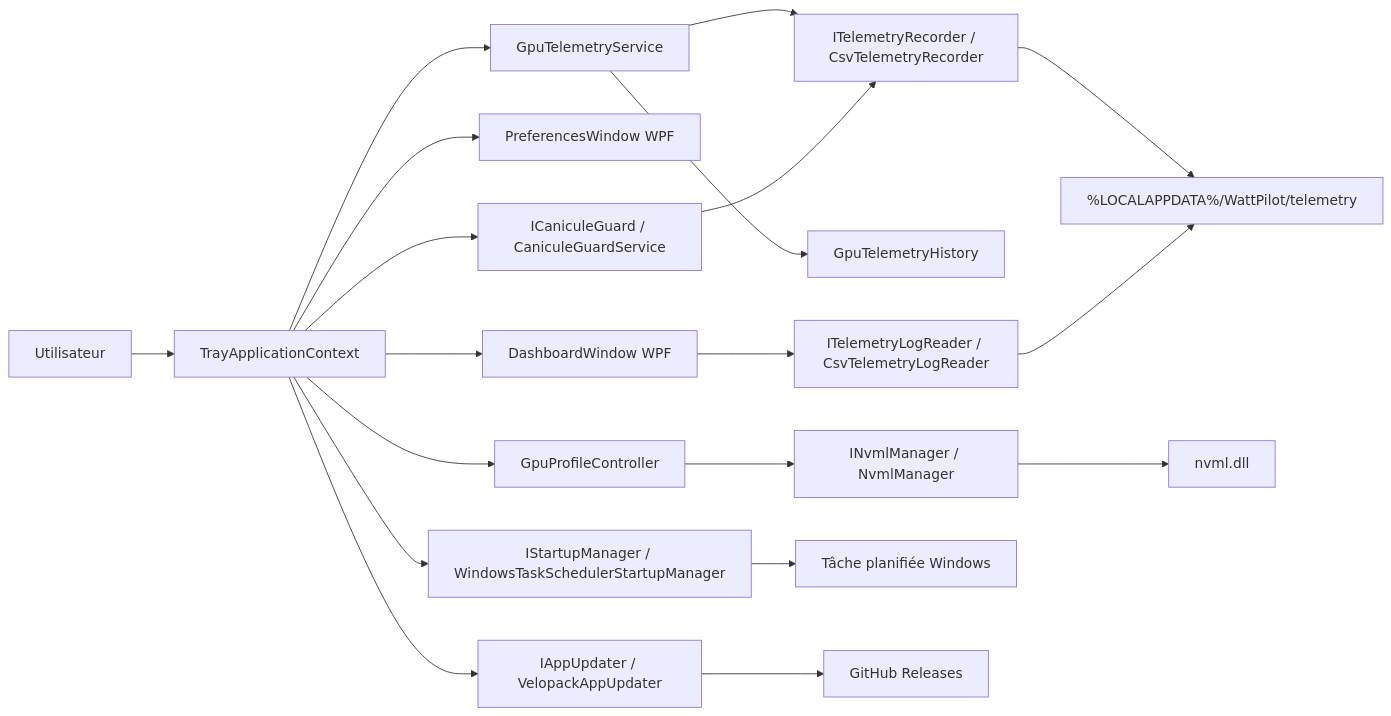
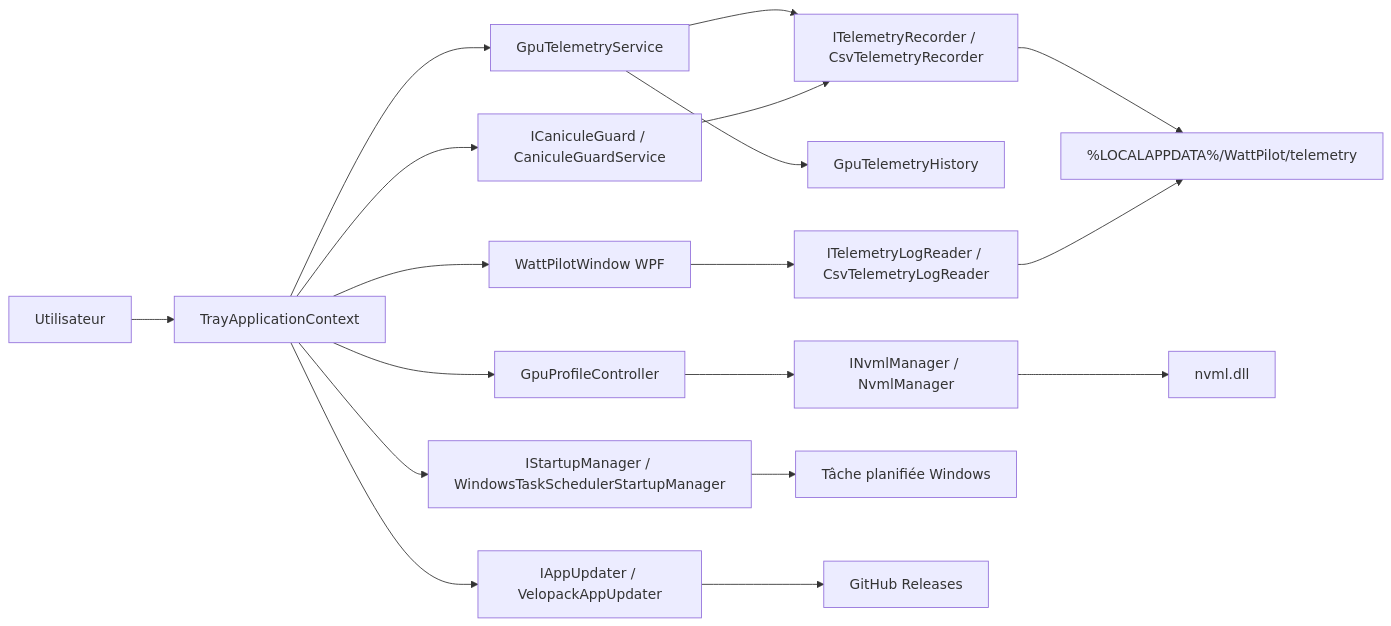
The diagram in docs/architecture.md (arnaud-wissart-lab/NVConso), drawn with Mermaid before and after one commit. The commit also changed other lines of this file and 22 other files, not shown here.

Commit message:
feat(ui): simplifie la fenêtre principale WattPilot

````diff
--- a/docs/architecture.md
+++ b/docs/architecture.md
@@ -7,21 +7,20 @@
 ```mermaid
 flowchart LR
   User["Utilisateur"] --> Tray["TrayApplicationContext"]
-  Tray --> Dashboard["DashboardWindow WPF"]
-  Tray --> Settings["PreferencesWindow WPF"]
+  Tray --> Main["WattPilotWindow WPF"]
   Tray --> Profiles["GpuProfileController"]
   Profiles --> Nvml["INvmlManager / NvmlManager"]
   Nvml --> NativeNvml["nvml.dll"]
   Tray --> Telemetry["GpuTelemetryService"]
   Telemetry --> History["GpuTelemetryHistory"]
   Telemetry --> Recorder["ITelemetryRecorder / CsvTelemetryRecorder"]
   Recorder --> TelemetryFiles["%LOCALAPPDATA%/WattPilot/telemetry"]
-  Dashboard --> Reader["ITelemetryLogReader / CsvTelemetryLogReader"]
+  Main --> Reader["ITelemetryLogReader / CsvTelemetryLogReader"]
   Reader --> TelemetryFiles
   Tray --> Guard["ICaniculeGuard / CaniculeGuardService"]
   Guard --> Recorder
   Tray --> Startup["IStartupManager / WindowsTaskSchedulerStartupManager"]
   Startup --> TaskScheduler["Tâche planifiée Windows"]
   Tray --> Updates["IAppUpdater / VelopackAppUpdater"]
   Updates --> GitHubReleases["GitHub Releases"]
 ```
````
